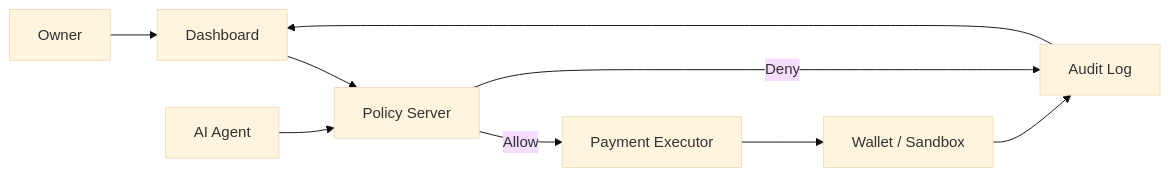
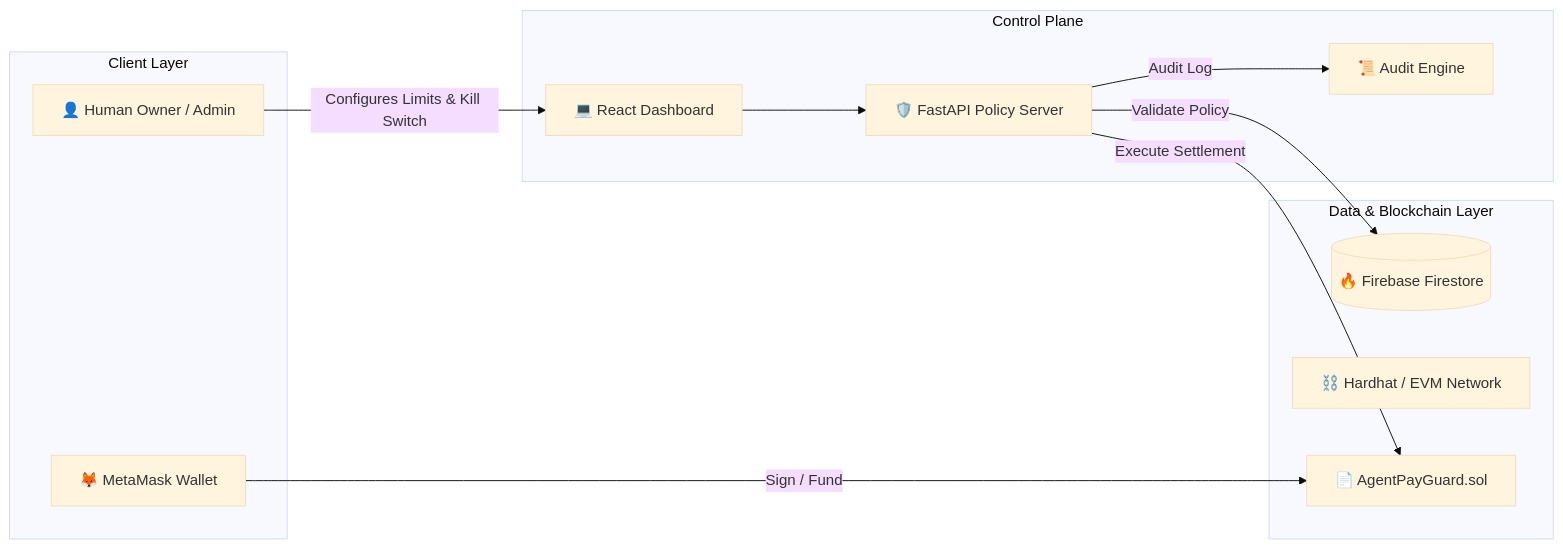
Before and after one commit to KalpeshM13/AgentPay-Guard: the first of 2 diagrams in README.md, drawn with Mermaid (base theme). The commit also changed other lines of this file and 1 other file, not shown here.

````diff
--- a/README.md
+++ b/README.md
@@ -69,11 +33,26 @@
 ```mermaid
 flowchart LR
-    Owner[Owner] --> Dashboard[Dashboard]
-    Dashboard --> Policy[Policy Server]
-    Agent[AI Agent] --> Policy
-    Policy -->|Allow| Executor[Payment Executor]
-    Policy -->|Deny| Audit[Audit Log]
-    Executor --> Wallet[Wallet / Sandbox]
-    Wallet --> Audit
-    Audit --> Dashboard
+    subgraph Client Layer
+        Owner[👤 Human Owner / Admin]
+        MetaMask[🦊 MetaMask Wallet]
+    end
+
+    subgraph Control Plane
+        Dashboard[💻 React Dashboard]
+        PolicyServer[🛡️ FastAPI Policy Server]
+        AuditLog[📜 Audit Engine]
+    end
+
+    subgraph Data & Blockchain Layer
+        Firestore[(🔥 Firebase Firestore)]
+        Hardhat[⛓️ Hardhat / EVM Network]
+        SmartContract[📄 AgentPayGuard.sol]
+    end
+
+    Owner -->|Configures Limits & Kill Switch| Dashboard
+    Dashboard --> PolicyServer
+    MetaMask -->|Sign / Fund| SmartContract
+    PolicyServer -->|Validate Policy| Firestore
+    PolicyServer -->|Audit Log| AuditLog
+    PolicyServer -->|Execute Settlement| SmartContract
 ```
````
